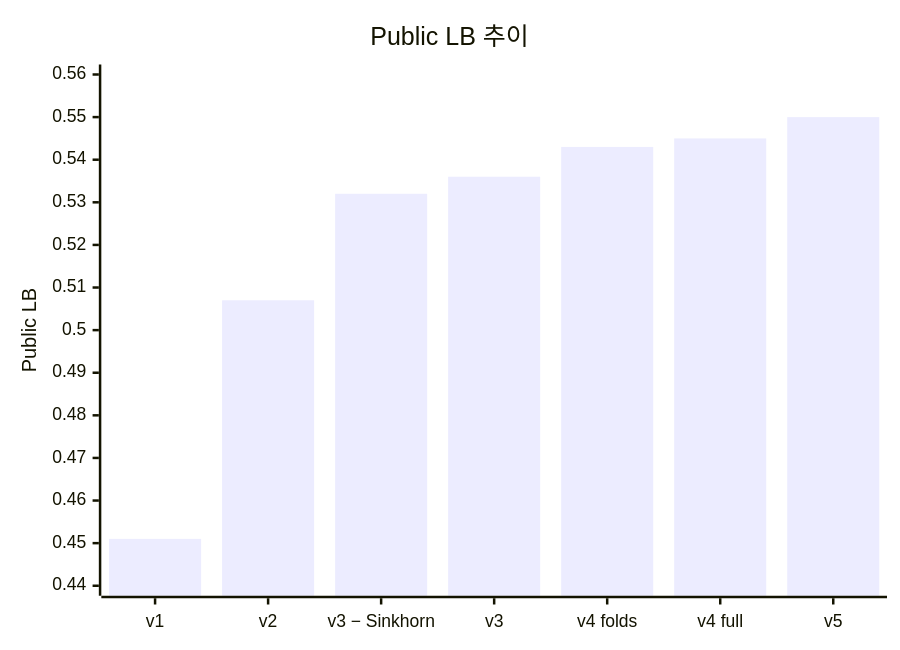
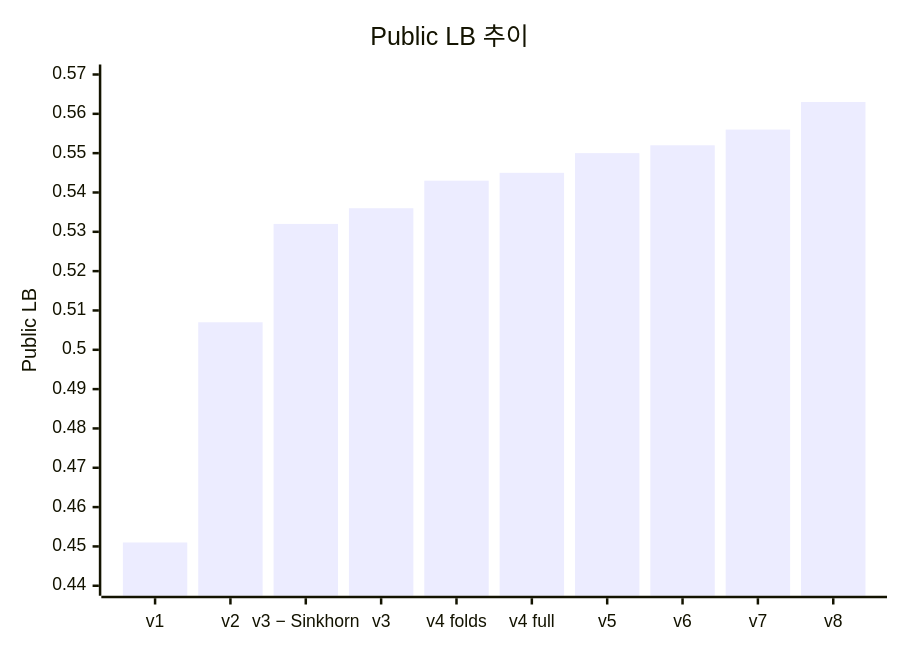
The first of 2 diagrams in docs/05_version_history.md (Lee-Jungwoo/name-that-llm), drawn with Mermaid before and after one commit. The commit also changed other lines of this file and 13 other files, not shown here.

````diff
--- a/docs/05_version_history.md
+++ b/docs/05_version_history.md
@@ -31,7 +31,7 @@
 ```mermaid
 xychart-beta
     title "Public LB 추이"
-    x-axis ["v1", "v2", "v3 − Sinkhorn", "v3", "v4 folds", "v4 full", "v5"]
-    y-axis "Public LB" 0.44 --> 0.56
-    bar [0.451, 0.507, 0.532, 0.536, 0.543, 0.545, 0.550]
+    x-axis ["v1", "v2", "v3 − Sinkhorn", "v3", "v4 folds", "v4 full", "v5", "v6", "v7", "v8"]
+    y-axis "Public LB" 0.44 --> 0.57
+    bar [0.451, 0.507, 0.532, 0.536, 0.543, 0.545, 0.550, 0.552, 0.556, 0.563]
 ```
````
